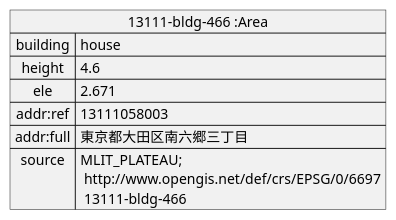
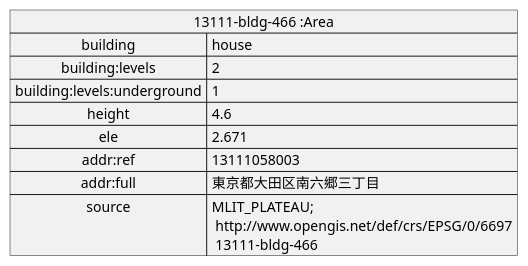
Before and after one commit to yuuhayashi/citygml-osm: the diagram in doc/building/sample-a/sample-a-osm.pu, drawn with PlantUML. The commit also changed 21 other files, not shown here.

```diff
--- a/doc/building/sample-a/sample-a-osm.pu
+++ b/doc/building/sample-a/sample-a-osm.pu
@@ -1,10 +1,12 @@
 @startuml
 map "13111-bldg-466 :Area" as building {
  building => house
+ building:levels => 2
+ building:levels:underground => 1
  height => 4.6
  ele => 2.671
  addr:ref => 13111058003
  addr:full => 東京都大田区南六郷三丁目
  source => MLIT_PLATEAU;\n http://www.opengis.net/def/crs/EPSG/0/6697\n 13111-bldg-466
 }
 @enduml
```
